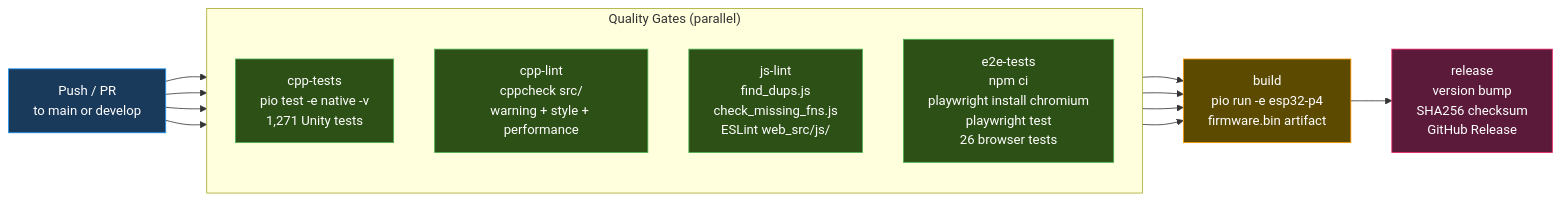
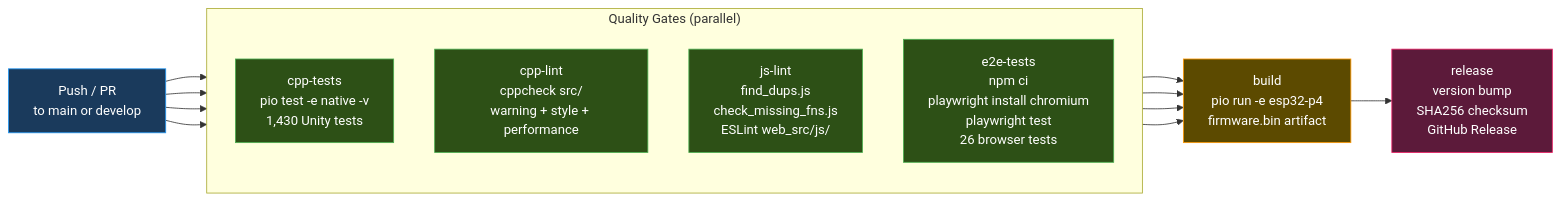
One commit to Schmackos/ALX_Nova_Controller_2 changed the diagram in docs/architecture/ci-quality-gates.mmd. Above: the diagram before and after it, drawn with Mermaid. The commit also changed 2 other files, not shown here.

Commit message:
docs: update architecture diagrams for Phase 5-6 changes
- test-coverage-map: 1,271 → 1,430 tests, updated module counts
- ci-quality-gates: 1,271 → 1,430 test count
- system-architecture: MQTT task shows 3-file split

```diff
--- a/docs/architecture/ci-quality-gates.mmd
+++ b/docs/architecture/ci-quality-gates.mmd
@@ -1,39 +1,39 @@
 %% ALX Nova Controller 2 — CI/CD Quality Gates
 %% All 4 gates run in parallel; build is gated on all passing
 
 graph LR
     classDef trigger fill:#1a3a5c,stroke:#2196F3,color:#fff
     classDef gate fill:#2d5016,stroke:#4CAF50,color:#fff
     classDef build fill:#5c4a00,stroke:#FF9800,color:#fff
     classDef release fill:#5c1a3a,stroke:#E91E63,color:#fff
 
     PUSH["Push / PR\nto main or develop"]
 
     subgraph Gates["Quality Gates (parallel)"]
         direction TB
-        CPP["cpp-tests\npio test -e native -v\n1,271 Unity tests"]
+        CPP["cpp-tests\npio test -e native -v\n1,430 Unity tests"]
         CPPL["cpp-lint\ncppcheck src/\nwarning + style + performance"]
         JSL["js-lint\nfind_dups.js\ncheck_missing_fns.js\nESLint web_src/js/"]
         E2E["e2e-tests\nnpm ci\nplaywright install chromium\nplaywright test\n26 browser tests"]
     end
 
     BUILD["build\npio run -e esp32-p4\nfirmware.bin artifact"]
 
     REL["release\nversion bump\nSHA256 checksum\nGitHub Release"]
 
     PUSH --> CPP
     PUSH --> CPPL
     PUSH --> JSL
     PUSH --> E2E
 
     CPP --> BUILD
     CPPL --> BUILD
     JSL --> BUILD
     E2E --> BUILD
 
     BUILD --> REL
 
     class PUSH trigger
     class CPP,CPPL,JSL,E2E gate
     class BUILD build
     class REL release
```
